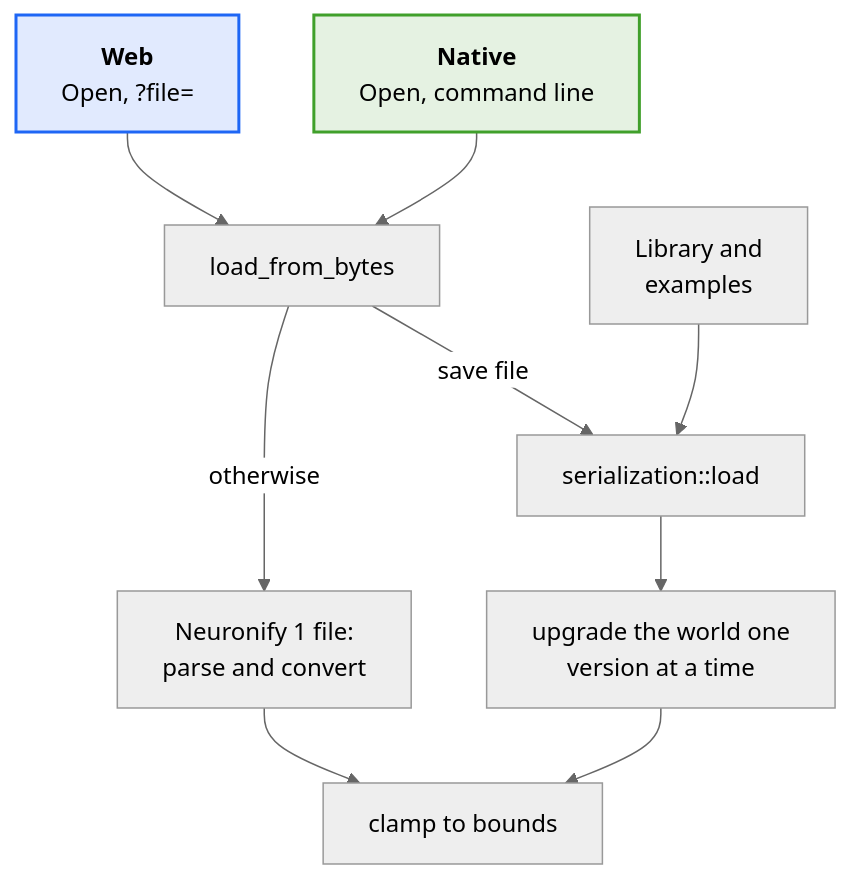
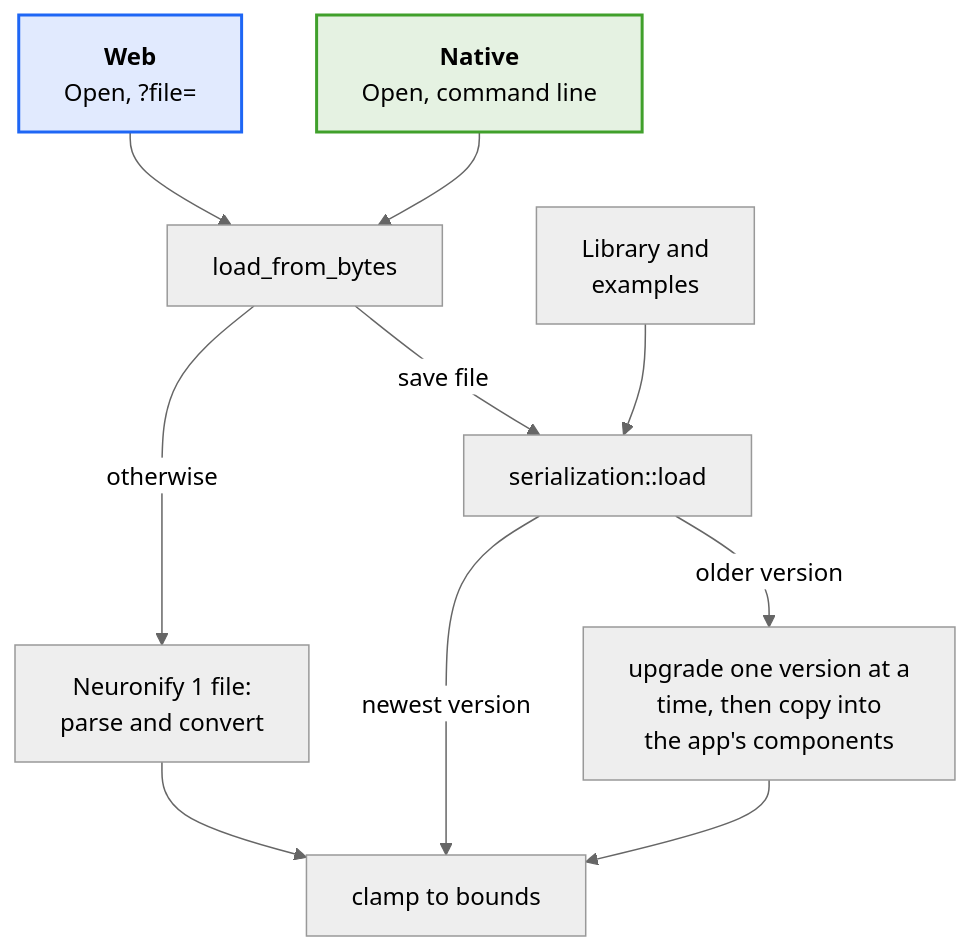
Before and after one commit to dragly/neuronify: the fifth of 8 diagrams in docs/architecture/current.md, drawn with Mermaid (neutral theme). The commit also changed other lines of this file and 23 other files, not shown here.

Commit message:
Give old save versions their own copies of the components they read, so code elsewhere cannot change how old files load

````diff
--- a/docs/architecture/current.md
+++ b/docs/architecture/current.md
@@ -230,15 +230,16 @@
 ```mermaid
 flowchart TB
   openNative["<b>Native</b><br/>Open, command line"] --> bytes
   openWeb["<b>Web</b><br/>Open, ?file="] --> bytes
   bytes["load_from_bytes"] -->|"save file"| load["serialization::load"]
   bytes -->|"otherwise"| legacy["Neuronify 1 file:<br/>parse and convert"]
   stored["Library and<br/>examples"] --> load
-  load --> upgrade["upgrade the world one<br/>version at a time"]
-  upgrade --> bound["clamp to bounds"]
+  load -->|"older version"| upgrade["upgrade one version at a<br/>time, then copy into<br/>the app's components"]
+  load -->|"newest version"| bound["clamp to bounds"]
+  upgrade --> bound
   legacy --> bound
   classDef native fill:#40a02b22,stroke:#40a02b,stroke-width:2px
   classDef web fill:#1e66f522,stroke:#1e66f5,stroke-width:2px
   class openNative native
   class openWeb web
 ```
````
